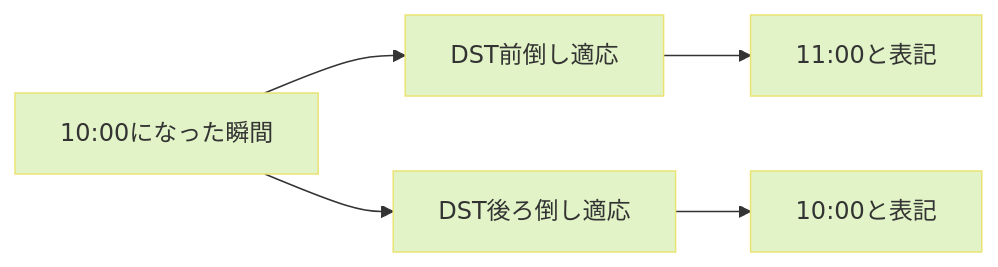
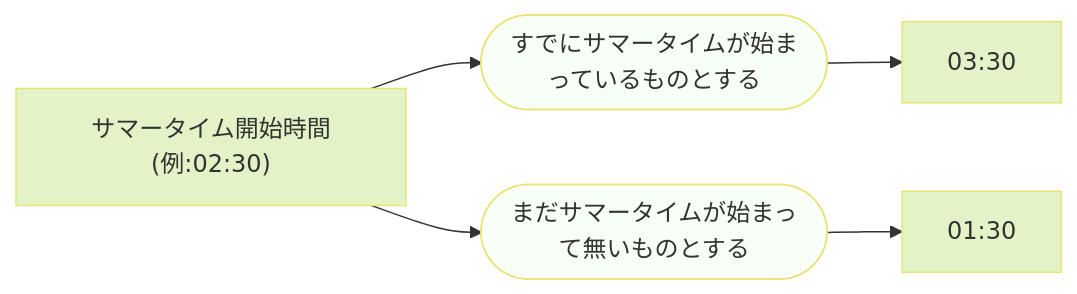
The fourth of 9 diagrams in articles/blog_fes_2024_dst_basics.md (proteinmochi/zenn), drawn with Mermaid before and after one commit. The commit also changed other lines of this file, not shown here.

````diff
--- a/articles/blog_fes_2024_dst_basics.md
+++ b/articles/blog_fes_2024_dst_basics.md
@@ -45,6 +85,10 @@
 ```mermaid
 graph LR
-   id1["10:00になった瞬間"] --> id2[DST前倒し適応] --> id4[11:00と表記]
-   id1 --> id3[DST後ろ倒し適応] --> id5[10:00と表記]
-   classDef default fill:#e2f4c7, stroke:#eae374
+   id1["サマータイム開始時間(例:02:30)"] --> id2([すでにサマータイムが始まっているものとする]) --> id4[03:30]
+   id1 --> id3([まだサマータイムが始まって無いものとする]) --> id5[01:30]
+   style id1 fill:#e2f4c7, stroke:#eae374
+   style id2 fill:#F8FFF6, stroke:#eae374
+   style id3 fill:#F8FFF6, stroke:#eae374
+   style id4 fill:#e2f4c7, stroke:#eae374
+   style id5 fill:#e2f4c7, stroke:#eae374
 ```
````
